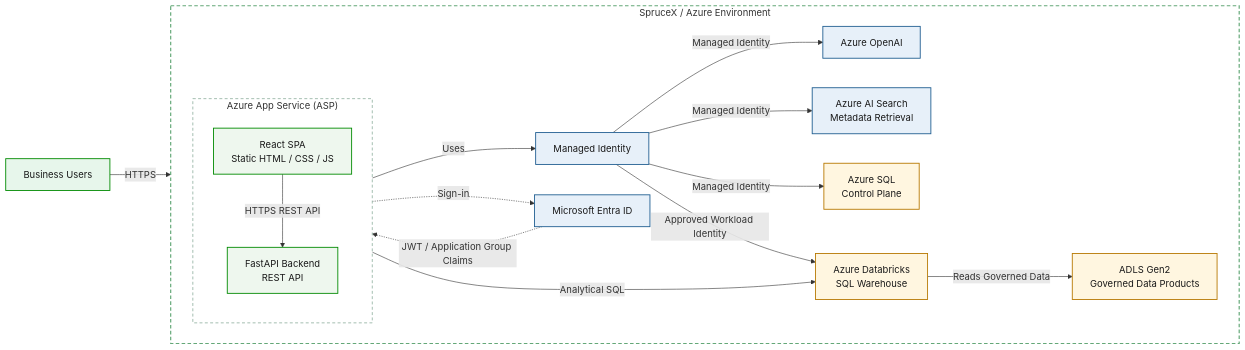
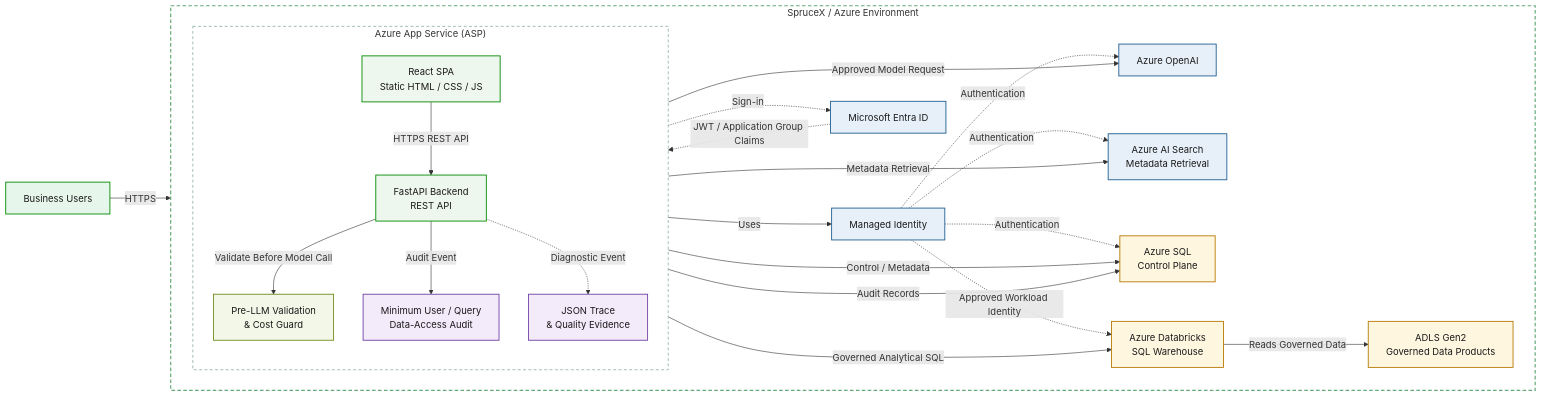
The diagram in docs/architecture/mvp1/mvp1_architecture.md (hesam-hakimi/usefull_prompt), drawn with Mermaid before and after one commit. The commit also changed other lines of this file, not shown here.

Commit message:
docs: add MVP1 evaluation and audit release gates

````diff
--- a/docs/architecture/mvp1/mvp1_architecture.md
+++ b/docs/architecture/mvp1/mvp1_architecture.md
@@ -9,48 +9,63 @@
 ```mermaid
 flowchart LR
     user["Business Users"]
 
     subgraph sprucex["SpruceX / Azure Environment"]
         direction LR
 
         subgraph hosting["Azure App Service (ASP)"]
             direction TB
             react["React SPA<br/>Static HTML / CSS / JS"]
             api["FastAPI Backend<br/>REST API"]
+            safety["Pre-LLM Validation<br/>& Cost Guard"]
+            audit["Minimum User / Query<br/>Data-Access Audit"]
+            trace["JSON Trace<br/>& Quality Evidence"]
             react -->|"HTTPS REST API"| api
+            api -->|"Validate Before Model Call"| safety
+            api -->|"Audit Event"| audit
+            api -.->|"Diagnostic Event"| trace
         end
 
         entra["Microsoft Entra ID"]
         mi["Managed Identity"]
         openai["Azure OpenAI"]
         search["Azure AI Search<br/>Metadata Retrieval"]
         sql["Azure SQL<br/>Control Plane"]
         dbsql["Azure Databricks<br/>SQL Warehouse"]
         adls["ADLS Gen2<br/>Governed Data Products"]
 
         api -->|"Uses"| mi
-        mi -->|"Managed Identity"| openai
-        mi -->|"Managed Identity"| search
-        mi -->|"Managed Identity"| sql
-        mi -->|"Approved Workload Identity"| dbsql
-        api -->|"Analytical SQL"| dbsql
+        safety -->|"Approved Model Request"| openai
+        api -->|"Metadata Retrieval"| search
+        api -->|"Control / Metadata"| sql
+        audit -->|"Audit Records"| sql
+        api -->|"Governed Analytical SQL"| dbsql
         dbsql -->|"Reads Governed Data"| adls
+
+        mi -.->|"Authentication"| openai
+        mi -.->|"Authentication"| search
+        mi -.->|"Authentication"| sql
+        mi -.->|"Approved Workload Identity"| dbsql
     end
 
     user -->|"HTTPS"| react
     react -.->|"Sign-in"| entra
     entra -.->|"JWT / Application Group Claims"| api
 
     classDef user fill:#e7f6eb,stroke:#008a00,stroke-width:1.5px,color:#1a1a1a;
     classDef app fill:#eef7ee,stroke:#008a00,stroke-width:1.5px,color:#1a1a1a;
+    classDef control fill:#f3f7e8,stroke:#708b1e,stroke-width:1.5px,color:#1a1a1a;
     classDef azure fill:#e7f0f9,stroke:#205e91,stroke-width:1.5px,color:#1a1a1a;
     classDef data fill:#fff6e0,stroke:#b77800,stroke-width:1.5px,color:#1a1a1a;
+    classDef telemetry fill:#f3eafa,stroke:#6f42a5,stroke-width:1.5px,color:#1a1a1a;
 
     class user user;
     class react,api app;
+    class safety control;
     class entra,mi,openai,search azure;
     class sql,dbsql,adls data;
+    class audit,trace telemetry;
 
     style sprucex fill:#ffffff,stroke:#64a878,stroke-width:2px,stroke-dasharray:6 4
     style hosting fill:#ffffff,stroke:#9ab7a7,stroke-width:1.5px,stroke-dasharray:5 4
 ```
````
